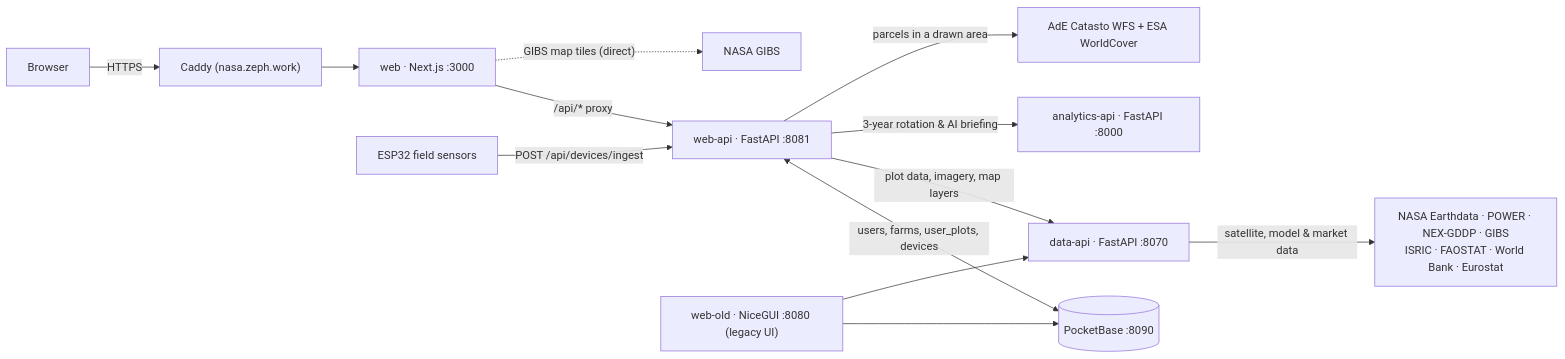
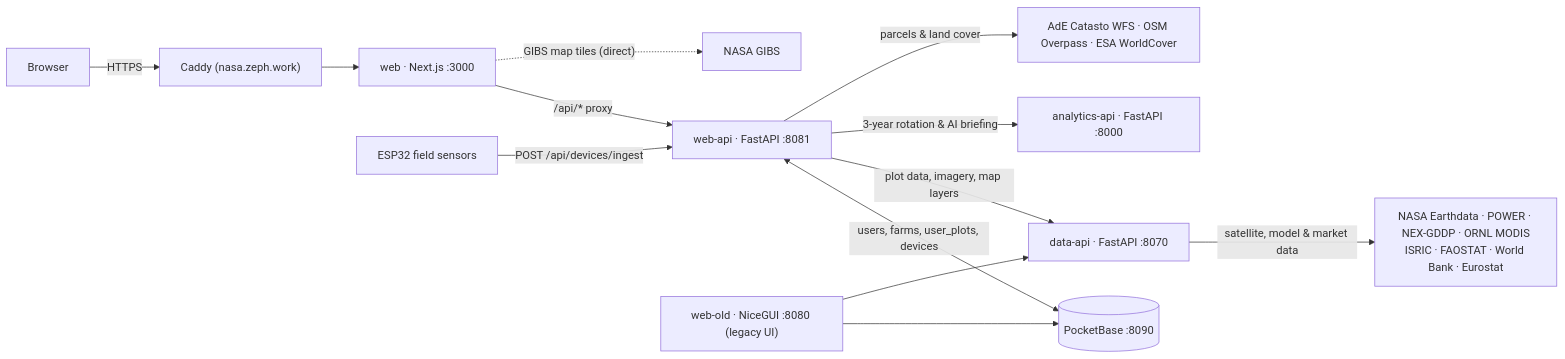
The diagram in README.md (ZephyrCodesStuff/NASA-SAC-26), drawn with Mermaid before and after one commit. The commit also changed other lines of this file and 1 other file, not shown here.

Commit message:
chore: add pitch PDF + README prettifying for NASA Global submission

````diff
--- a/README.md
+++ b/README.md
@@ -18,15 +32,15 @@
 ```mermaid
 flowchart LR
     Browser["Browser"] -->|HTTPS| Caddy["Caddy (nasa.zeph.work)"]
     Caddy --> Web["web · Next.js :3000"]
     Web -->|"/api/* proxy"| WebAPI["web-api · FastAPI :8081"]
     ESP32["ESP32 field sensors"] -->|"POST /api/devices/ingest"| WebAPI
     WebAPI <-->|"users, farms, user_plots, devices"| PB[("PocketBase :8090")]
     WebAPI -->|"plot data, imagery, map layers"| DataAPI["data-api · FastAPI :8070"]
     WebAPI -->|"3-year rotation & AI briefing"| AnalyticsAPI["analytics-api · FastAPI :8000"]
-    WebAPI -->|"parcels in a drawn area"| Catasto["AdE Catasto WFS + ESA WorldCover"]
-    DataAPI -->|"satellite, model & market data"| Sources["NASA Earthdata · POWER · NEX-GDDP · GIBS<br/>ISRIC · FAOSTAT · World Bank · Eurostat"]
+    WebAPI -->|"parcels & land cover"| Catasto["AdE Catasto WFS · OSM Overpass · ESA WorldCover"]
+    DataAPI -->|"satellite, model & market data"| Sources["NASA Earthdata · POWER · NEX-GDDP · ORNL MODIS<br/>ISRIC · FAOSTAT · World Bank · Eurostat"]
     Web -.->|"GIBS map tiles (direct)"| GIBS["NASA GIBS"]
     WebOld["web-old · NiceGUI :8080 (legacy UI)"] --> PB
     WebOld --> DataAPI
 ```
````
